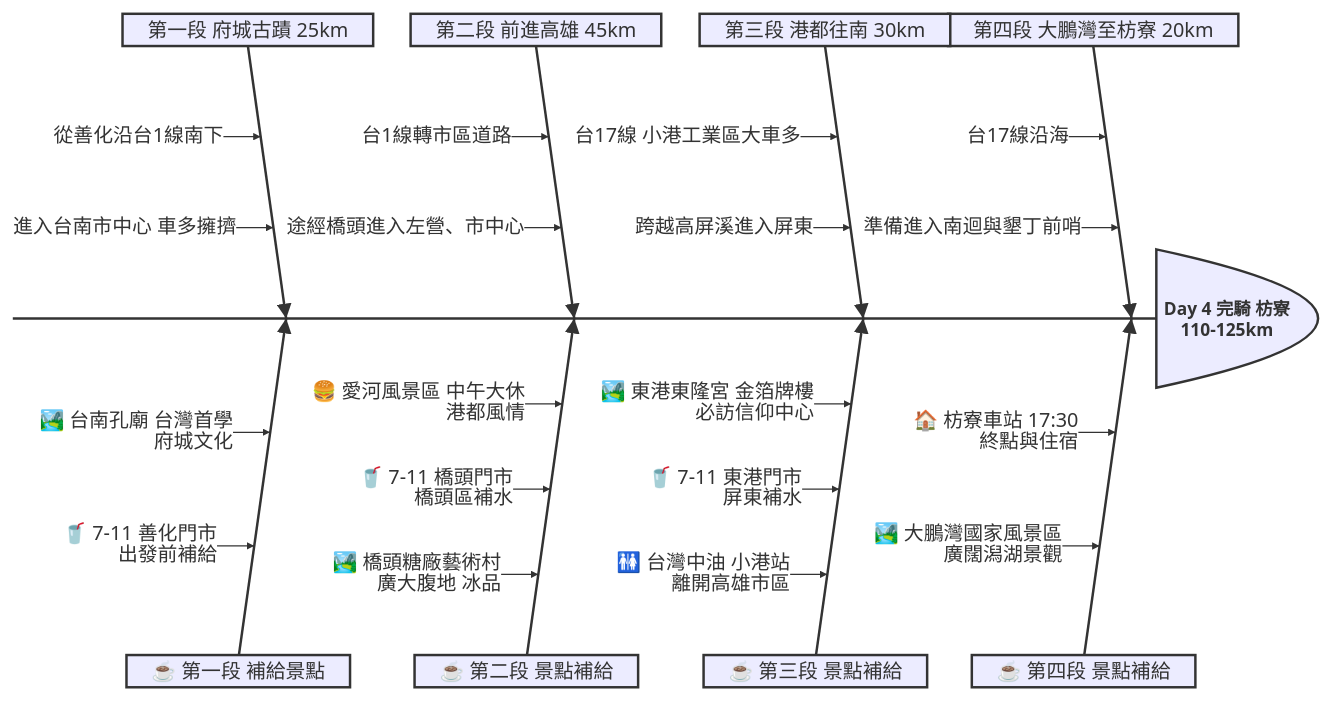
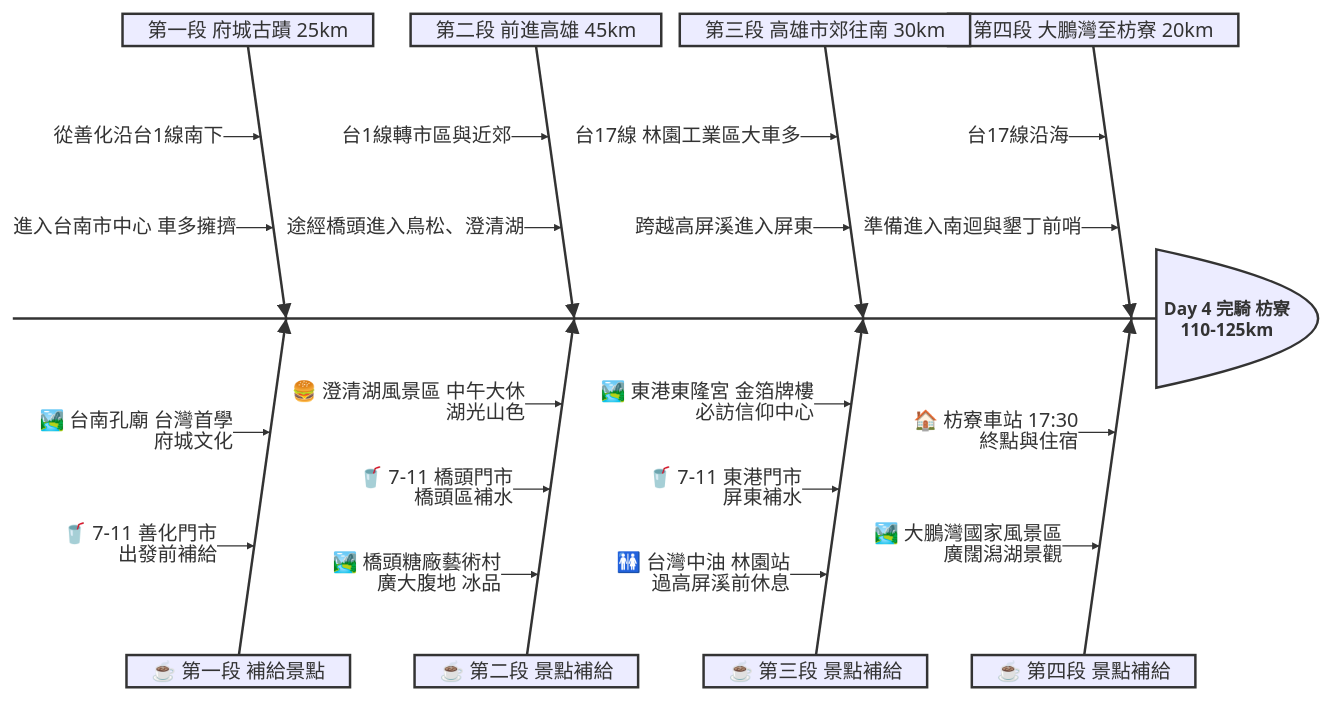
Before and after one commit to chinqan/CyclingTW: the diagram in day4/day4.md, drawn with Mermaid. The commit also changed other lines of this file and 25 other files, not shown here.

````diff
--- a/day4/day4.md
+++ b/day4/day4.md
@@ -27,30 +27,30 @@
 ```mermaid
 ishikawa-beta
     Day 4 完騎 枋寮 110-125km
     第四段 大鵬灣至枋寮 20km
         台17線沿海
         準備進入南迴與墾丁前哨
     ☕️ 第四段 景點補給
         🏠 枋寮車站 17:30 終點與住宿
         🏞️ 大鵬灣國家風景區 廣闊潟湖景觀
-    第三段 港都往南 30km
-        台17線 小港工業區大車多
+    第三段 高雄市郊往南 30km
+        台17線 林園工業區大車多
         跨越高屏溪進入屏東
     ☕️ 第三段 景點補給
         🏞️ 東港東隆宮 金箔牌樓 必訪信仰中心
         🥤 7-11 東港門市 屏東補水
-        🚻 台灣中油 小港站 離開高雄市區
+        🚻 台灣中油 林園站 過高屏溪前休息
     第二段 前進高雄 45km
-        台1線轉市區道路
-        途經橋頭進入左營、市中心
+        台1線轉市區與近郊
+        途經橋頭進入鳥松、澄清湖
     ☕️ 第二段 景點補給
-        🍔 愛河風景區 中午大休 港都風情
+        🍔 澄清湖風景區 中午大休 湖光山色
         🥤 7-11 橋頭門市 橋頭區補水
         🏞️ 橋頭糖廠藝術村 廣大腹地 冰品
     第一段 府城古蹟 25km
         從善化沿台1線南下
         進入台南市中心 車多擁擠
     ☕️ 第一段 補給景點
         🏞️ 台南孔廟 台灣首學 府城文化
         🥤 7-11 善化門市 出發前補給
 ```
````
